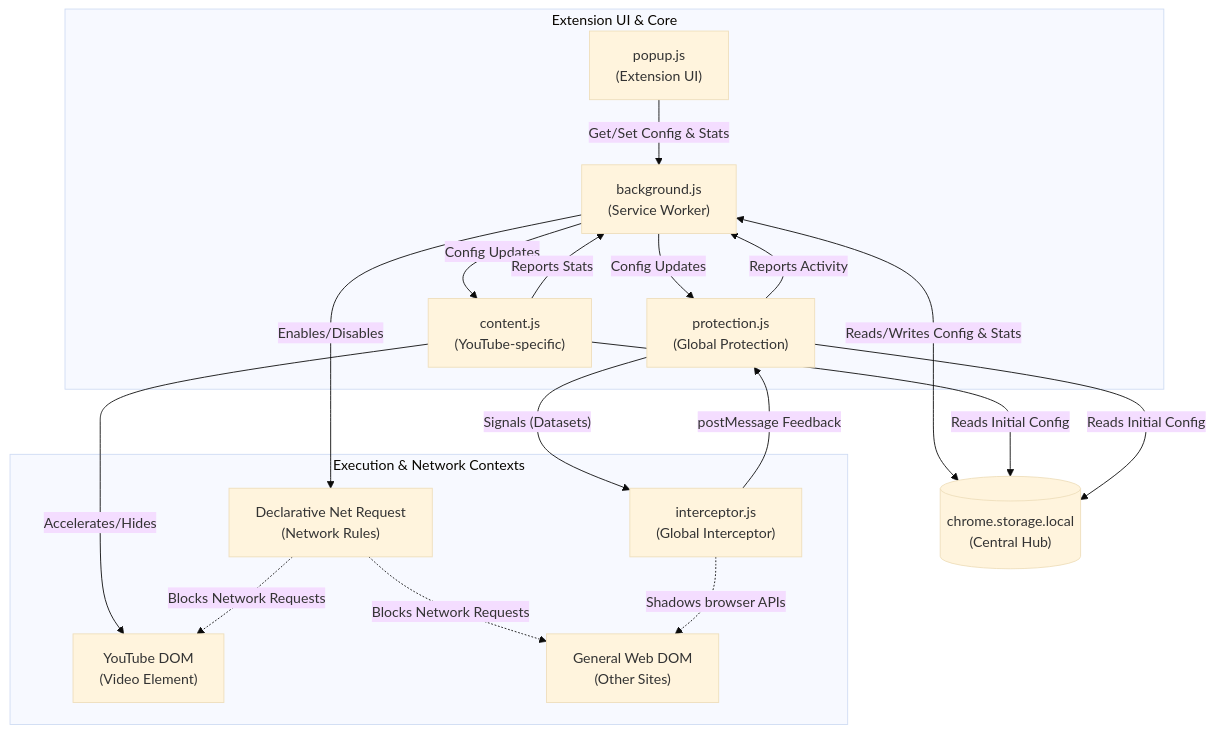
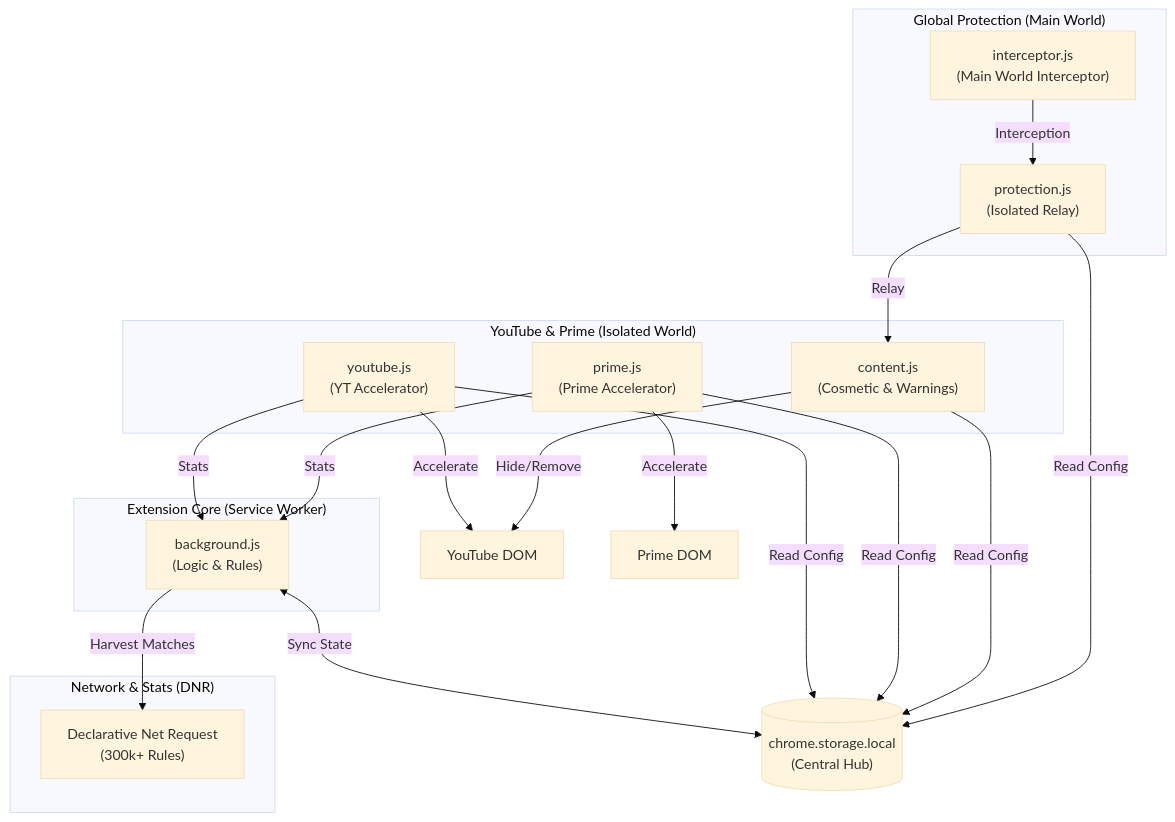
The diagram in README.md (Dabrogost/Chroma-Ad-Blocker), drawn with Mermaid (base theme) before and after one commit. The commit also changed other lines of this file and 1 other file, not shown here.

Commit message:
feat: Implement Amazon Prime Video ad acceleration and update README with a detailed feature list and architecture overview.

````diff
--- a/README.md
+++ b/README.md
@@ -37,41 +25,42 @@
 ```mermaid
 graph TD
-    subgraph "Extension UI & Core"
-        POP["popup.js<br/>(Extension UI)"]
-        BS["background.js<br/>(Service Worker)"]
-        CS_YT["content.js<br/>(YouTube-specific)"]
-        CS_GEN["protection.js<br/>(Global Protection)"]
+    subgraph "Extension Core (Service Worker)"
+        BS["background.js<br/>(Logic & Rules)"]
     end
 
     STORAGE[("chrome.storage.local<br/>(Central Hub)")]
 
-    subgraph "Execution & Network Contexts"
-        DNR["Declarative Net Request<br/>(Network Rules)"]
-        MW_GEN["interceptor.js<br/>(Global Interceptor)"]
-        DOM_YT["YouTube DOM<br/>(Video Element)"]
-        DOM_GEN["General Web DOM<br/>(Other Sites)"]
+    subgraph "YouTube & Prime (Isolated World)"
+        CS_YT["youtube.js<br/>(YT Accelerator)"]
+        CS_PV["prime.js<br/>(Prime Accelerator)"]
+        CS_GEN["content.js<br/>(Cosmetic & Warnings)"]
+    end
+
+    subgraph "Global Protection (Main World)"
+        CS_PROT["protection.js<br/>(Isolated Relay)"]
+        MW_INT["interceptor.js<br/>(Main World Interceptor)"]
+    end
+
+    subgraph "Network & Stats (DNR)"
+        DNR["Declarative Net Request<br/>(300k+ Rules)"]
     end
 
     %% Storage & Central Hub
-    BS <-->|"Reads/Writes Config & Stats"| STORAGE
-    CS_YT -- "Reads Initial Config" --> STORAGE
-    CS_GEN -- "Reads Initial Config" --> STORAGE
+    BS <-->|"Sync State"| STORAGE
+    CS_YT -- "Read Config" --> STORAGE
+    CS_PV -- "Read Config" --> STORAGE
+    CS_GEN -- "Read Config" --> STORAGE
+    CS_PROT -- "Read Config" --> STORAGE
 
-    %% Messaging & Feedback Loop
-    POP -- "Get/Set Config & Stats" --> BS
-    BS -- "Config Updates" --> CS_YT
-    BS -- "Config Updates" --> CS_GEN
-    CS_YT -- "Reports Stats" --> BS
-    CS_GEN -- "Reports Activity" --> BS
-    MW_GEN -- "postMessage Feedback" --> CS_GEN
-
-    %% Logic & Control
-    BS -- "Enables/Disables" --> DNR
-    CS_YT -- "Accelerates/Hides" --> DOM_YT
-    CS_GEN -- "Signals (Datasets)" --> MW_GEN
+    %% Feedback & Stats
+    CS_YT -- "Stats" --> BS
+    CS_PV -- "Stats" --> BS
+    CS_PROT -- "Relay" --> CS_GEN
+    MW_INT -- "Interception" --> CS_PROT
+    BS -- "Harvest Matches" --> DNR
     
-    %% Interception & Blocking
-    DNR -.->|"Blocks Network Requests"| DOM_YT
-    DNR -.->|"Blocks Network Requests"| DOM_GEN
-    MW_GEN -.->|"Shadows browser APIs"| DOM_GEN
+    %% Execution
+    CS_YT -- "Accelerate" --> DOM_YT["YouTube DOM"]
+    CS_PV -- "Accelerate" --> DOM_PV["Prime DOM"]
+    CS_GEN -- "Hide/Remove" --> DOM_YT
 ```
````
